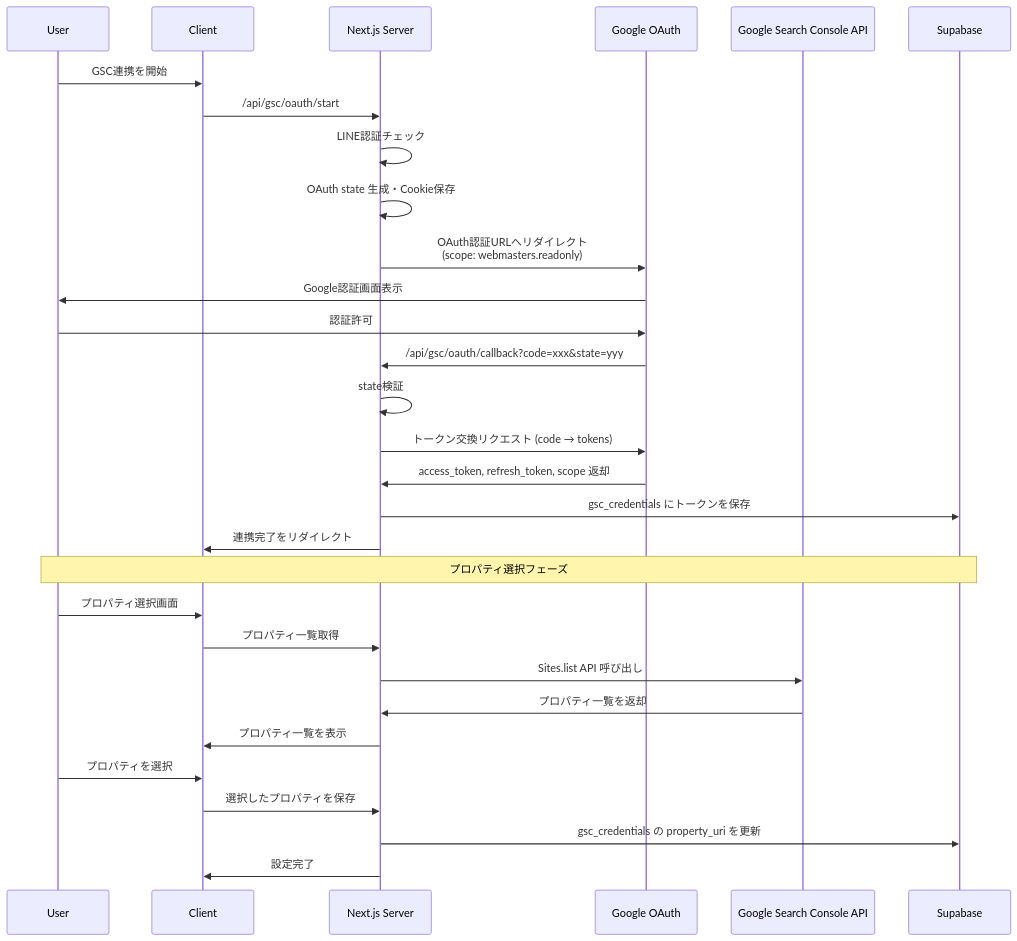
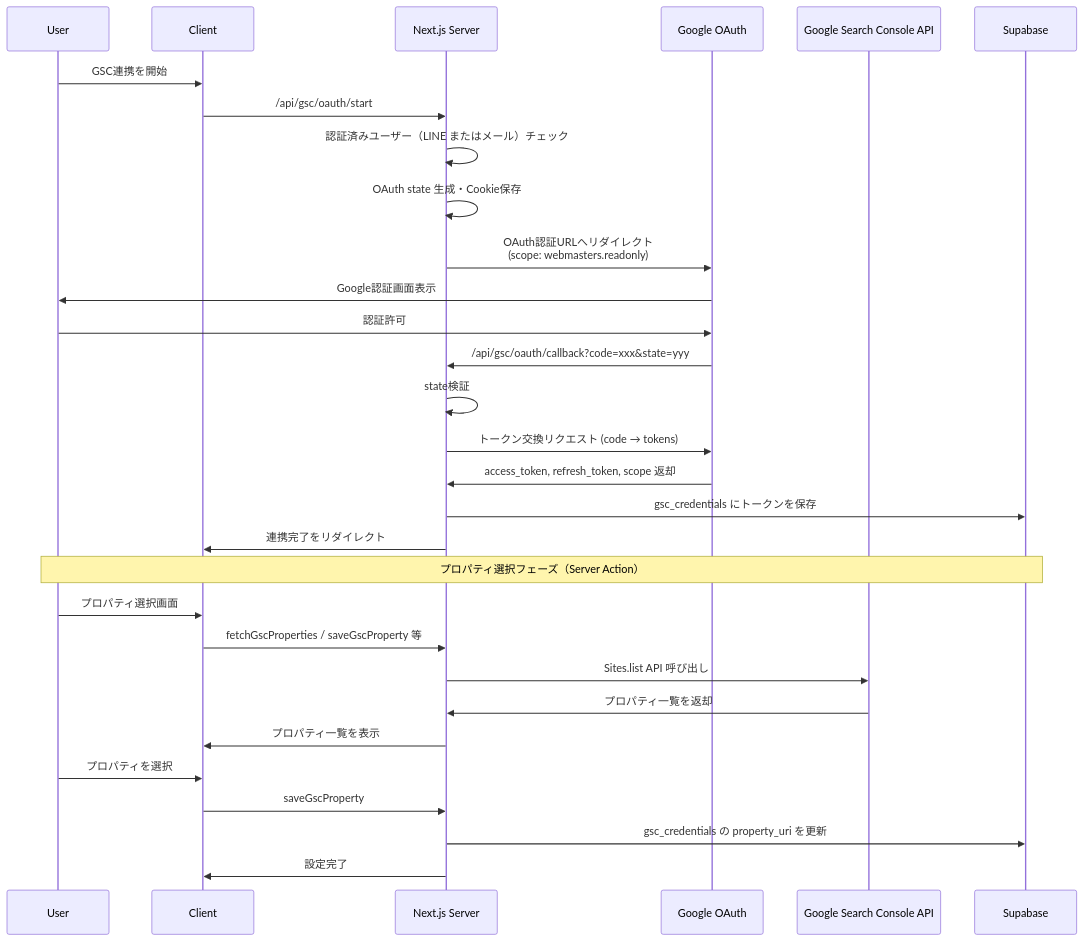
Before and after one commit to shoma-endo/GrowMate: the fifth of 6 diagrams in README.md, drawn with Mermaid. The commit also changed other lines of this file, not shown here.

Commit message:
README を実装と一致させる（環境変数・API・GSC Actions・図表の修正）

````diff
--- a/README.md
+++ b/README.md
@@ -230,34 +232,34 @@
 ```mermaid
 sequenceDiagram
     participant U as User
     participant C as Client
     participant S as Next.js Server
     participant G as Google OAuth
     participant GSC as Google Search Console API
     participant DB as Supabase
 
     U->>C: GSC連携を開始
     C->>S: /api/gsc/oauth/start
-    S->>S: LINE認証チェック
+    S->>S: 認証済みユーザー（LINE またはメール）チェック
     S->>S: OAuth state 生成・Cookie保存
     S->>G: OAuth認証URLへリダイレクト<br/>(scope: webmasters.readonly)
     G->>U: Google認証画面表示
     U->>G: 認証許可
     G->>S: /api/gsc/oauth/callback?code=xxx&state=yyy
     S->>S: state検証
     S->>G: トークン交換リクエスト (code → tokens)
     G->>S: access_token, refresh_token, scope 返却
     S->>DB: gsc_credentials にトークンを保存
     S->>C: 連携完了をリダイレクト
 
-    Note over U,DB: プロパティ選択フェーズ
+    Note over U,DB: プロパティ選択フェーズ（Server Action）
     U->>C: プロパティ選択画面
-    C->>S: プロパティ一覧取得
+    C->>S: fetchGscProperties / saveGscProperty 等
     S->>GSC: Sites.list API 呼び出し
     GSC->>S: プロパティ一覧を返却
     S->>C: プロパティ一覧を表示
     U->>C: プロパティを選択
-    C->>S: 選択したプロパティを保存
+    C->>S: saveGscProperty
     S->>DB: gsc_credentials の property_uri を更新
     S->>C: 設定完了
 ```
````
